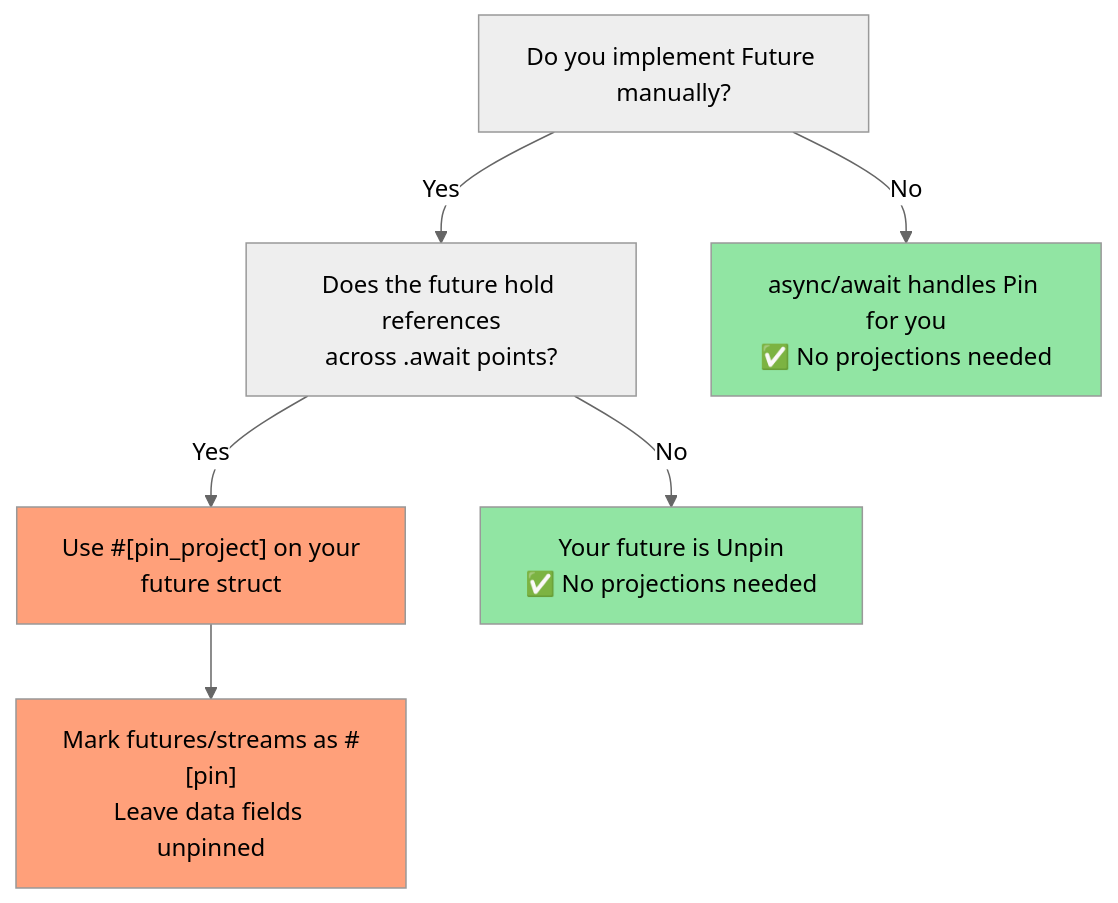
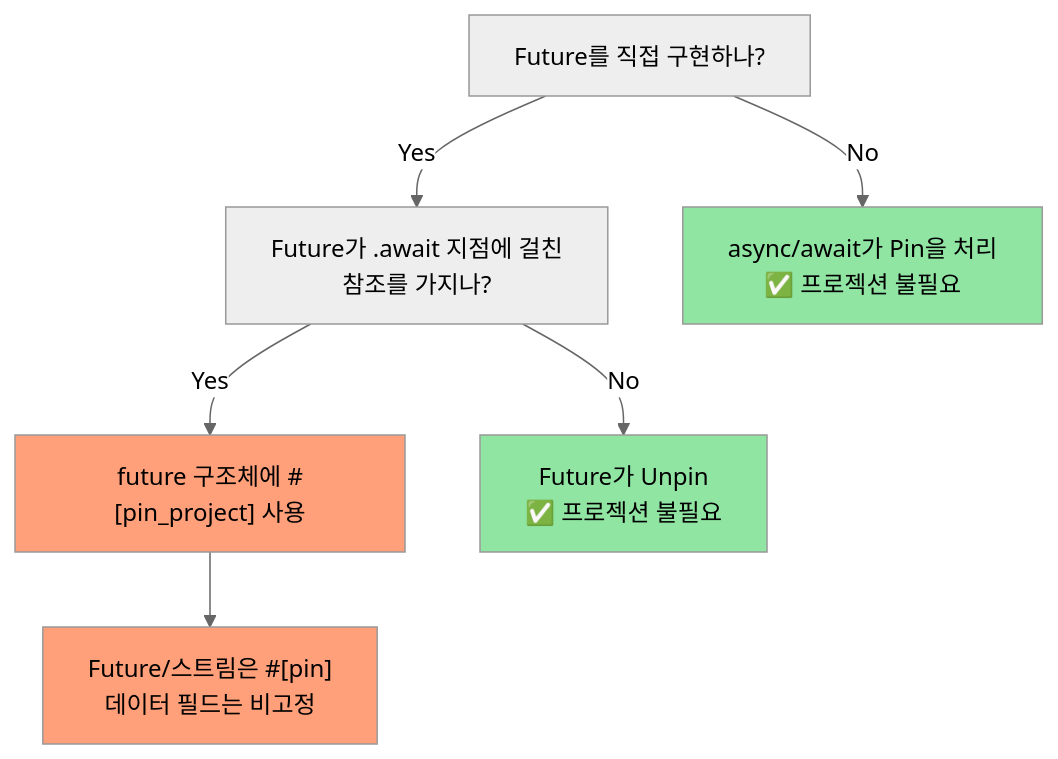
Before and after one commit to microsoft/RustTraining: the first of 2 diagrams in rust-patterns-book/src/ch09-smart-pointers-and-interior-mutability.md, drawn with Mermaid (neutral theme). The commit also changed other lines of this file and 186 other files, not shown here.

````diff
--- a/rust-patterns-book/src/ch09-smart-pointers-and-interior-mutability.md
+++ b/rust-patterns-book/src/ch09-smart-pointers-and-interior-mutability.md
@@ -434,13 +426,13 @@
 ```mermaid
 graph TD
-    A["Do you implement Future manually?"] -->|Yes| B["Does the future hold references<br/>across .await points?"]
-    A -->|No| C["async/await handles Pin for you<br/>✅ No projections needed"]
-    B -->|Yes| D["Use #[pin_project] on your<br/>future struct"]
-    B -->|No| E["Your future is Unpin<br/>✅ No projections needed"]
-    D --> F["Mark futures/streams as #[pin]<br/>Leave data fields unpinned"]
+    A["Future를 직접 구현하나?"] -->|Yes| B["Future가 .await 지점에 걸친<br/>참조를 가지나?"]
+    A -->|No| C["async/await가 Pin을 처리<br/>✅ 프로젝션 불필요"]
+    B -->|Yes| D["future 구조체에 #[pin_project] 사용"]
+    B -->|No| E["Future가 Unpin<br/>✅ 프로젝션 불필요"]
+    D --> F["Future/스트림은 #[pin]<br/>데이터 필드는 비고정"]
     
     style C fill:#91e5a3,color:#000
     style E fill:#91e5a3,color:#000
     style D fill:#ffa07a,color:#000
     style F fill:#ffa07a,color:#000
 ```
````
